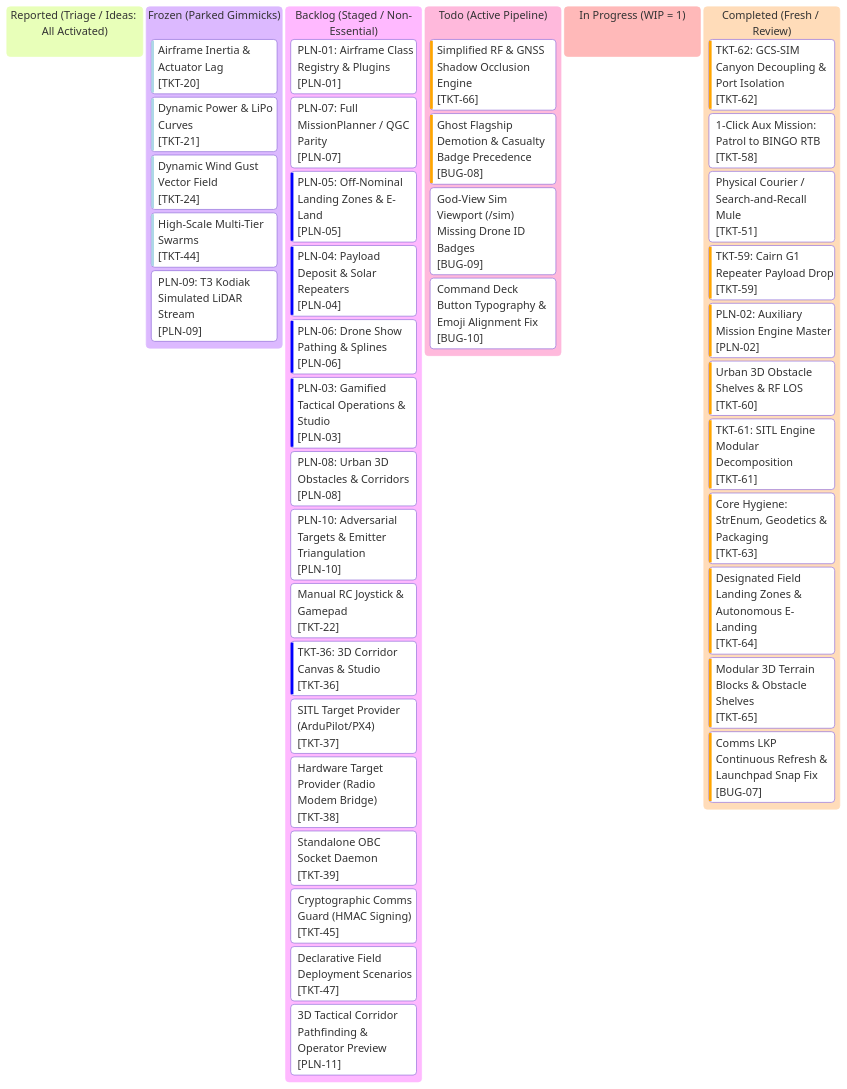
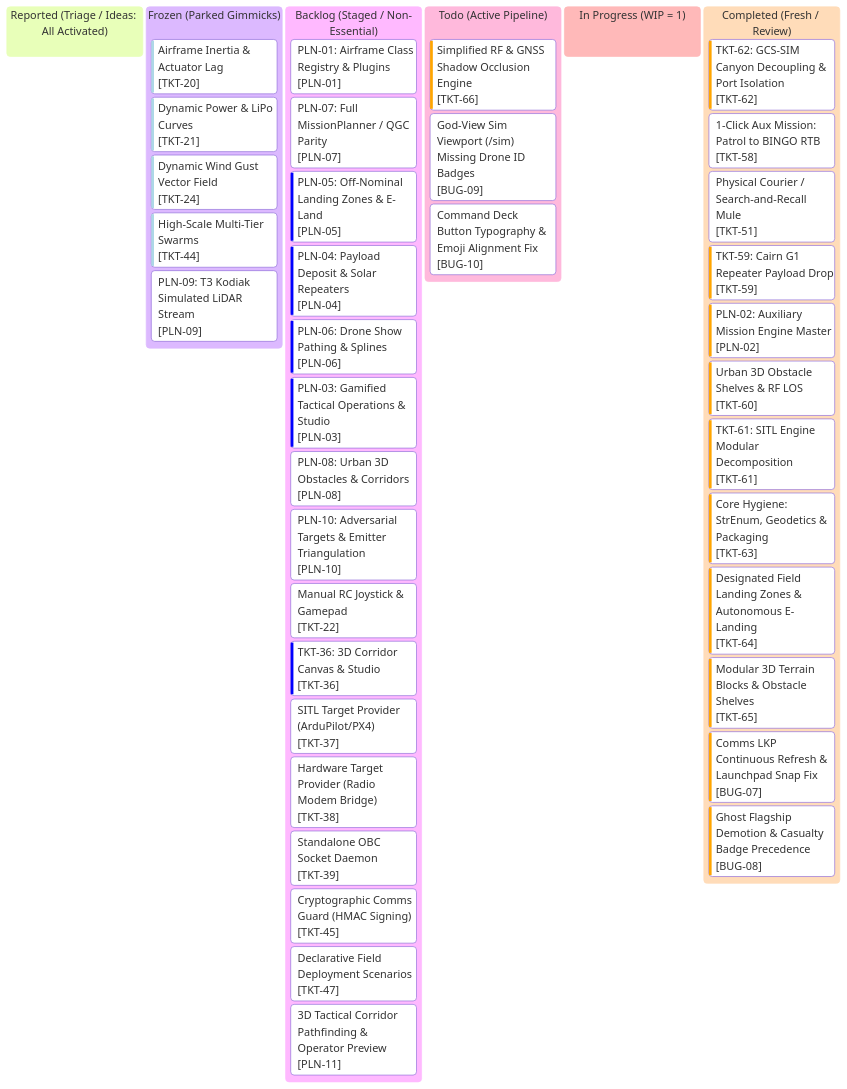
The diagram in roadmap/kanban.md (AlitheiaDeus/AlitheiaHive), drawn with Mermaid before and after one commit. The commit also changed other lines of this file and 7 other files, not shown here.

Commit message:
fix(gcs): prioritize lost-link and casualty status over ghost flagship badge (BUG-08)

````diff
--- a/roadmap/kanban.md
+++ b/roadmap/kanban.md
@@ -10,65 +10,65 @@
 ```mermaid
 %%{init: {
   'theme': 'base',
   'themeVariables': {
     'primaryColor': '#0d2235',
     'primaryTextColor': '#d4f4ff',
     'primaryBorderColor': '#00f0ff',
     'lineColor': '#00f0ff',
     'background': '#061019',
     'mainBkg': '#0a1926',
     'secondaryColor': '#081420',
     'secondaryTextColor': '#5a7e96',
     'secondaryBorderColor': '#134e6f',
     'tertiaryColor': '#0e263d',
     'tertiaryTextColor': '#00ffaa',
     'tertiaryBorderColor': '#00ffaa',
     'clusterBkg': '#081420',
     'clusterBorder': '#134e6f',
     'fontFamily': "'JetBrains Mono', 'Courier New', monospace"
   }
 }}%%
 kanban
   reported["Reported (Triage / Ideas: All Activated)"]
   frozen["Frozen (Parked Gimmicks)"]
     tkt20["Airframe Inertia & Actuator Lag"]@{ ticket: '[TKT-20]', priority: 'Very Low' }
     tkt21["Dynamic Power & LiPo Curves"]@{ ticket: '[TKT-21]', priority: 'Very Low' }
     tkt24["Dynamic Wind Gust Vector Field"]@{ ticket: '[TKT-24]', priority: 'Very Low' }
     tkt44["High-Scale Multi-Tier Swarms"]@{ ticket: '[TKT-44]', priority: 'Very Low' }
     pln09["PLN-09: T3 Kodiak Simulated LiDAR Stream"]@{ ticket: '[PLN-09]', priority: 'Medium' }
   backlog["Backlog (Staged / Non-Essential)"]
     pln01["PLN-01: Airframe Class Registry & Plugins"]@{ ticket: '[PLN-01]', priority: 'Medium' }
     pln07["PLN-07: Full MissionPlanner / QGC Parity"]@{ ticket: '[PLN-07]', priority: 'Medium' }
     pln05["PLN-05: Off-Nominal Landing Zones & E-Land"]@{ ticket: '[PLN-05]', priority: 'Low' }
     pln04["PLN-04: Payload Deposit & Solar Repeaters"]@{ ticket: '[PLN-04]', priority: 'Low' }
     pln06["PLN-06: Drone Show Pathing & Splines"]@{ ticket: '[PLN-06]', priority: 'Low' }
     pln03["PLN-03: Gamified Tactical Operations & Studio"]@{ ticket: '[PLN-03]', priority: 'Low' }
     pln08["PLN-08: Urban 3D Obstacles & Corridors"]@{ ticket: '[PLN-08]', priority: 'Medium' }
     pln10["PLN-10: Adversarial Targets & Emitter Triangulation"]@{ ticket: '[PLN-10]', priority: 'Medium' }
     tkt22["Manual RC Joystick & Gamepad"]@{ ticket: '[TKT-22]', priority: 'Medium' }
     tkt36["TKT-36: 3D Corridor Canvas & Studio"]@{ ticket: '[TKT-36]', priority: 'Low' }
     tkt37["SITL Target Provider (ArduPilot/PX4)"]@{ ticket: '[TKT-37]', priority: 'Medium' }
     tkt38["Hardware Target Provider (Radio Modem Bridge)"]@{ ticket: '[TKT-38]', priority: 'Medium' }
     tkt39["Standalone OBC Socket Daemon"]@{ ticket: '[TKT-39]', priority: 'Medium' }
     tkt45["Cryptographic Comms Guard (HMAC Signing)"]@{ ticket: '[TKT-45]', priority: 'Medium' }
     tkt47["Declarative Field Deployment Scenarios"]@{ ticket: '[TKT-47]', priority: 'Medium' }
     pln11["3D Tactical Corridor Pathfinding & Operator Preview"]@{ ticket: '[PLN-11]', priority: 'Medium' }
   todo["Todo (Active Pipeline)"]
     tkt66["Simplified RF & GNSS Shadow Occlusion Engine"]@{ ticket: '[TKT-66]', priority: 'High' }
-    bug08["Ghost Flagship Demotion & Casualty Badge Precedence"]@{ ticket: '[BUG-08]', priority: 'High' }
     bug09["God-View Sim Viewport (/sim) Missing Drone ID Badges"]@{ ticket: '[BUG-09]', priority: 'Normal' }
     bug10["Command Deck Button Typography & Emoji Alignment Fix"]@{ ticket: '[BUG-10]', priority: 'Normal' }
   in_progress["In Progress (WIP = 1)"]
   completed["Completed (Fresh / Review)"]
     tkt62["TKT-62: GCS-SIM Canyon Decoupling & Port Isolation"]@{ ticket: '[TKT-62]', priority: 'High' }
     tkt58["1-Click Aux Mission: Patrol to BINGO RTB"]@{ ticket: '[TKT-58]', priority: 'Medium' }
     tkt51["Physical Courier / Search-and-Recall Mule"]@{ ticket: '[TKT-51]', priority: 'Medium' }
     tkt59["TKT-59: Cairn G1 Repeater Payload Drop"]@{ ticket: '[TKT-59]', priority: 'High' }
     pln02["PLN-02: Auxiliary Mission Engine Master"]@{ ticket: '[PLN-02]', priority: 'High' }
     tkt60["Urban 3D Obstacle Shelves & RF LOS"]@{ ticket: '[TKT-60]', priority: 'High' }
     tkt61["TKT-61: SITL Engine Modular Decomposition"]@{ ticket: '[TKT-61]', priority: 'High' }
     tkt63["Core Hygiene: StrEnum, Geodetics & Packaging"]@{ ticket: '[TKT-63]', priority: 'High' }
     tkt64["Designated Field Landing Zones & Autonomous E-Landing"]@{ ticket: '[TKT-64]', priority: 'High' }
     tkt65["Modular 3D Terrain Blocks & Obstacle Shelves"]@{ ticket: '[TKT-65]', priority: 'High' }
     bug07["Comms LKP Continuous Refresh & Launchpad Snap Fix"]@{ ticket: '[BUG-07]', priority: 'High' }
+    bug08["Ghost Flagship Demotion & Casualty Badge Precedence"]@{ ticket: '[BUG-08]', priority: 'High' }
 ```
````
